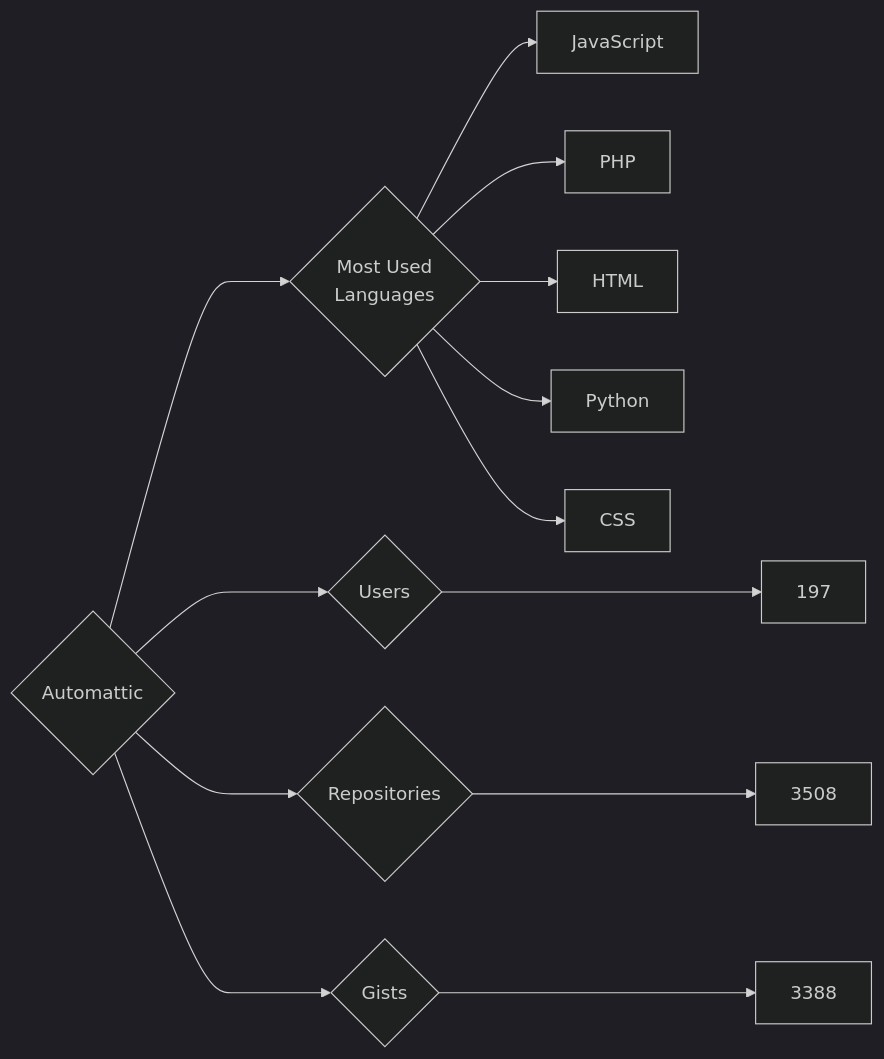
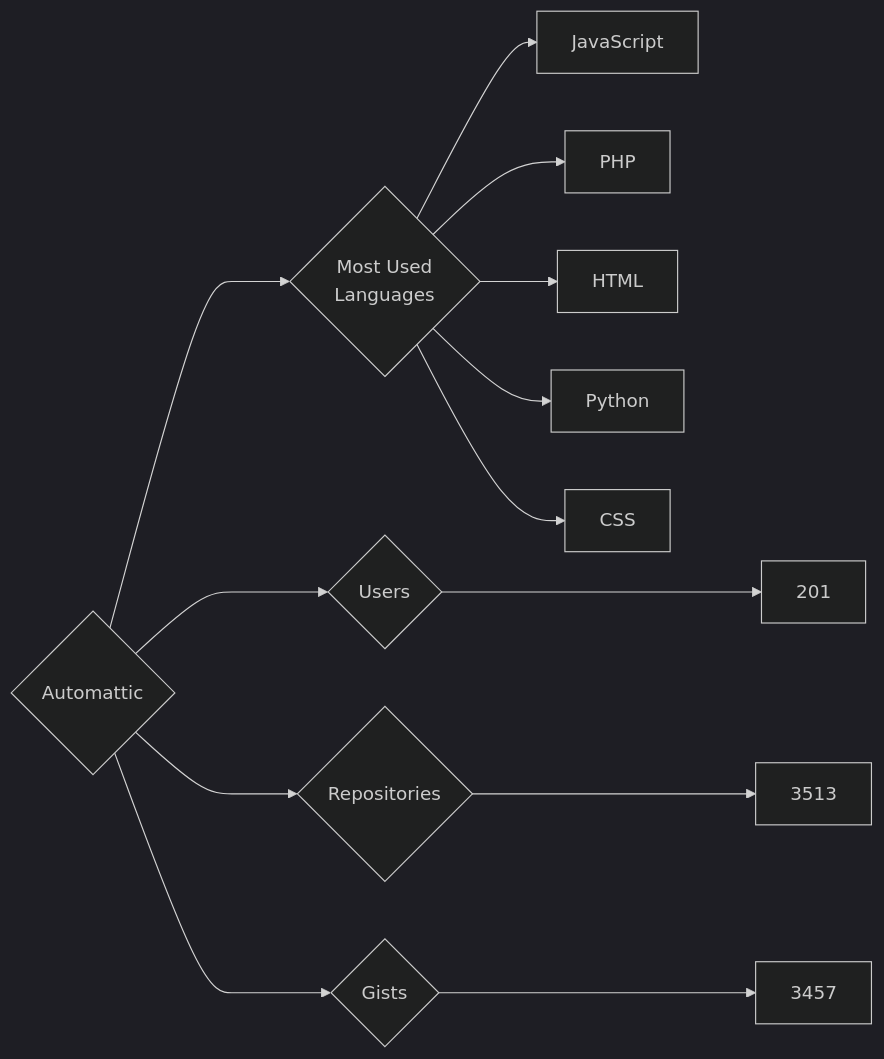
One commit to trickest/insiders changed the diagram in targets/Automattic/README.md. Above: the diagram before and after it, drawn with Mermaid (dark theme). The commit also changed 681 other files, not shown here.

````diff
--- a/targets/Automattic/README.md
+++ b/targets/Automattic/README.md
@@ -3,13 +3,13 @@
 ```mermaid
 graph LR
 COMPANY_NAME{Automattic}
-COMPANY_NAME ---> U{Users} ---> UN[197]
-COMPANY_NAME ---> R{Repositories} ---> RN[3508]
-COMPANY_NAME ---> G{Gists} ---> GN[3388]
+COMPANY_NAME ---> U{Users} ---> UN[201]
+COMPANY_NAME ---> R{Repositories} ---> RN[3513]
+COMPANY_NAME ---> G{Gists} ---> GN[3457]
 COMPANY_NAME ---> ML{Most Used<br>Languages}
 ML --> JavaScript[JavaScript]
 ML --> PHP[PHP]
 ML --> HTML[HTML]
 ML --> Python[Python]
 ML --> CSS[CSS]
 ```
````
